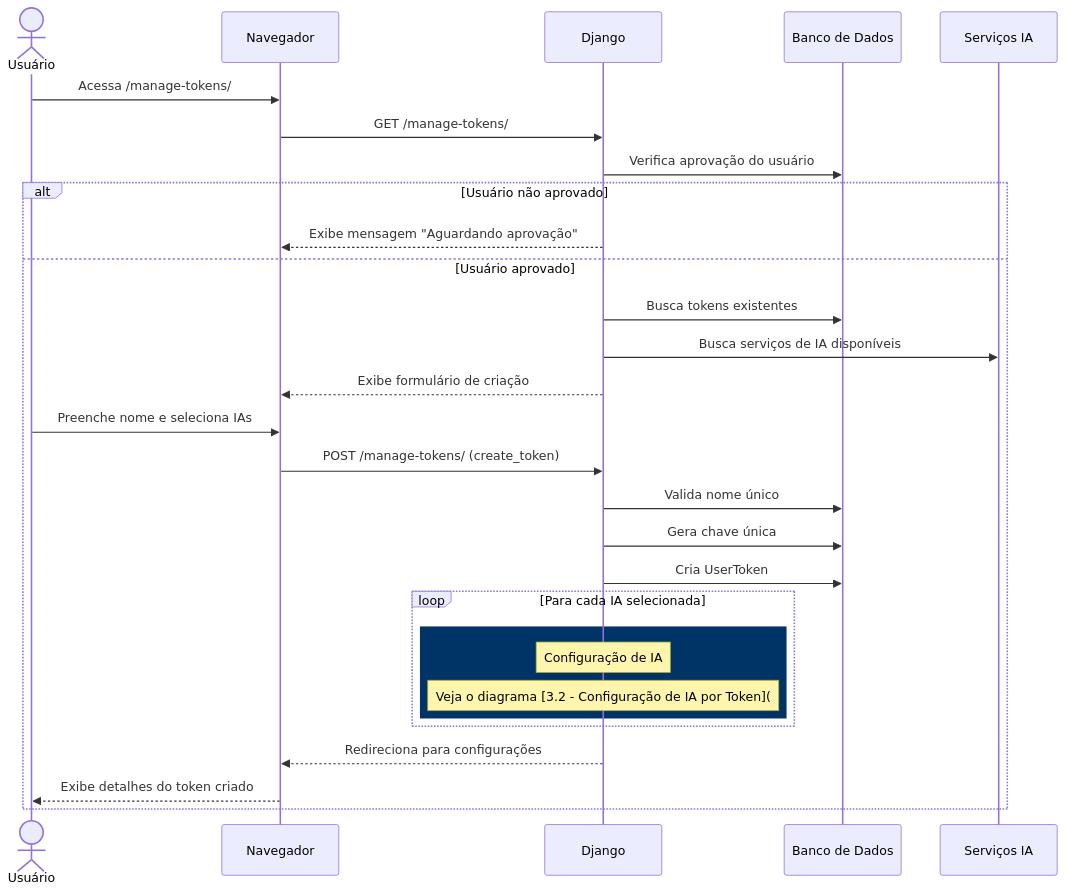
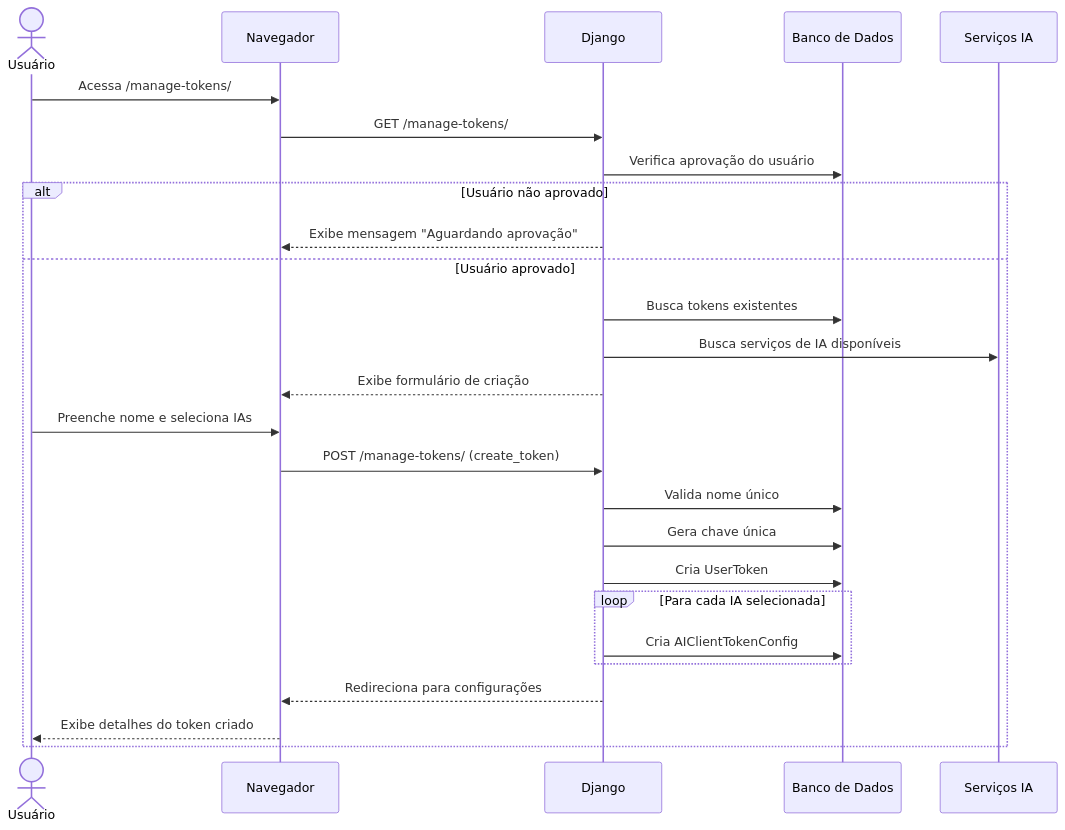
The fifth of 33 diagrams in README.md (diegogrosmann/EnsinaNet.AI), drawn with Mermaid before and after one commit. The commit also changed other lines of this file and 52 other files, not shown here.

````diff
--- a/README.md
+++ b/README.md
@@ -572,35 +576,32 @@
 ```mermaid
 sequenceDiagram
     actor U as Usuário
     participant N as Navegador
     participant D as Django
     participant DB as Banco de Dados
     participant AI as Serviços IA
 
     U->>N: Acessa /manage-tokens/
     N->>D: GET /manage-tokens/
     D->>DB: Verifica aprovação do usuário
     alt Usuário não aprovado
         D-->>N: Exibe mensagem "Aguardando aprovação"
     else Usuário aprovado
         D->>DB: Busca tokens existentes
         D->>AI: Busca serviços de IA disponíveis
         D-->>N: Exibe formulário de criação
         
         U->>N: Preenche nome e seleciona IAs
         N->>D: POST /manage-tokens/ (create_token)
         D->>DB: Valida nome único
         D->>DB: Gera chave única
         D->>DB: Cria UserToken
         
         loop Para cada IA selecionada
-            rect rgb(0, 51, 102)
-                Note over D: Configuração de IA
-                Note over D: Veja o diagrama [3.2 - Configuração de IA por Token](#configuração-de-ia-por-token)
-            end
+            D->>DB: Cria AIClientTokenConfig
         end
         
         D-->>N: Redireciona para configurações
         N-->>U: Exibe detalhes do token criado
     end
 ```
````
